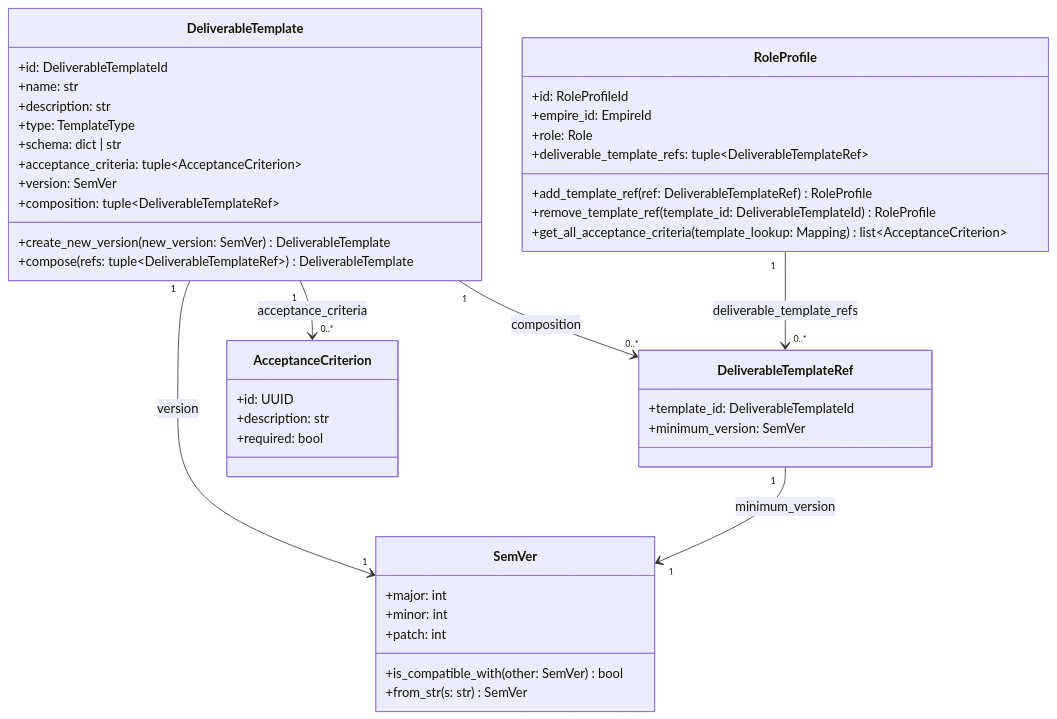
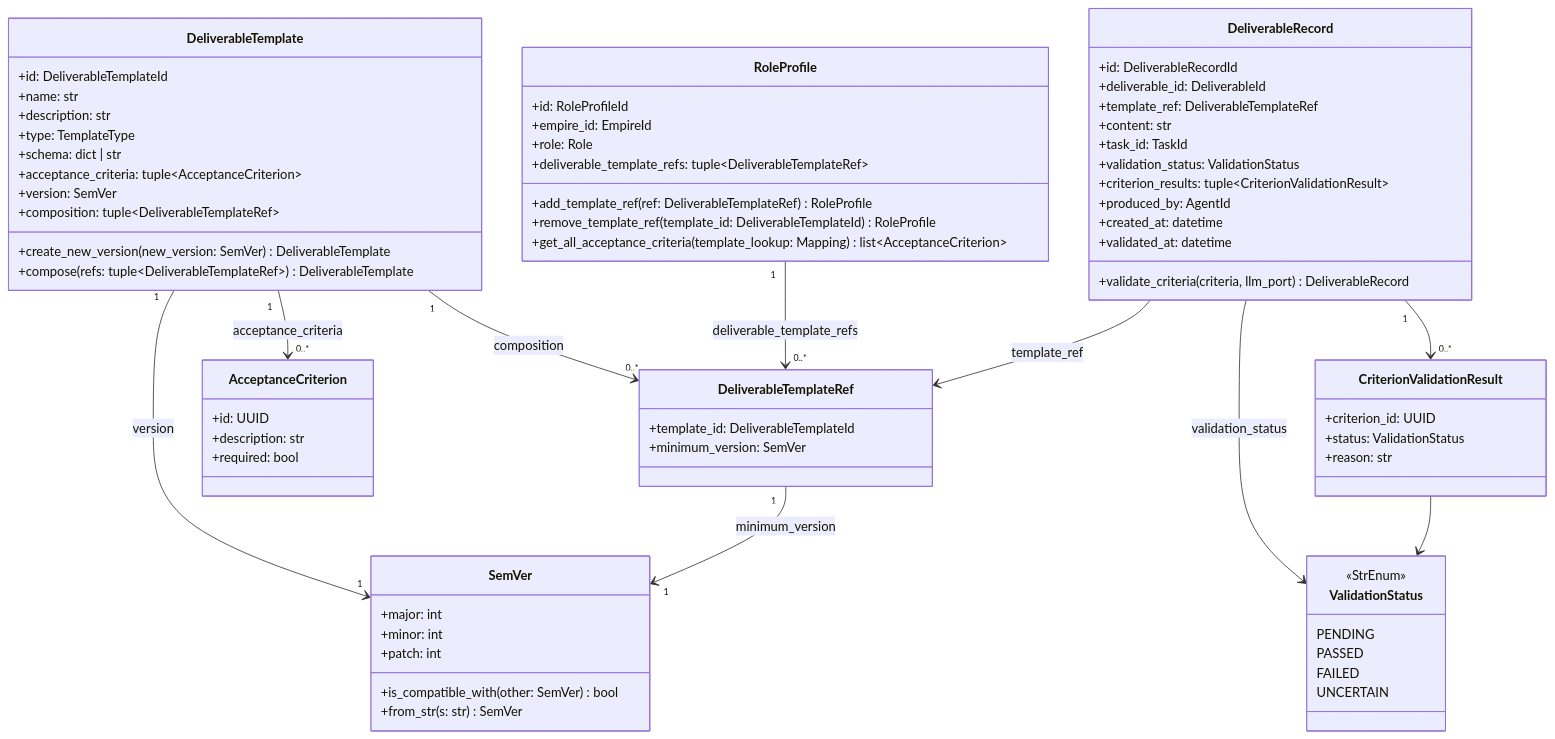
One commit to bakufu-dev/bakufu changed the diagram in docs/features/deliverable-template/domain/detailed-design.md. Above: the diagram before and after it, drawn with Mermaid. The commit also changed other lines of this file and 4 other files, not shown here.

````diff
--- a/docs/features/deliverable-template/domain/detailed-design.md
+++ b/docs/features/deliverable-template/domain/detailed-design.md
@@ -15,45 +15,75 @@
 ```mermaid
 classDiagram
     class DeliverableTemplate {
         +id: DeliverableTemplateId
         +name: str
         +description: str
         +type: TemplateType
         +schema: dict | str
         +acceptance_criteria: tuple~AcceptanceCriterion~
         +version: SemVer
         +composition: tuple~DeliverableTemplateRef~
         +create_new_version(new_version: SemVer) DeliverableTemplate
         +compose(refs: tuple~DeliverableTemplateRef~) DeliverableTemplate
     }
     class RoleProfile {
         +id: RoleProfileId
         +empire_id: EmpireId
         +role: Role
         +deliverable_template_refs: tuple~DeliverableTemplateRef~
         +add_template_ref(ref: DeliverableTemplateRef) RoleProfile
         +remove_template_ref(template_id: DeliverableTemplateId) RoleProfile
         +get_all_acceptance_criteria(template_lookup: Mapping) list~AcceptanceCriterion~
     }
     class SemVer {
         +major: int
         +minor: int
         +patch: int
         +is_compatible_with(other: SemVer) bool
         +from_str(s: str) SemVer
     }
     class DeliverableTemplateRef {
         +template_id: DeliverableTemplateId
         +minimum_version: SemVer
     }
     class AcceptanceCriterion {
         +id: UUID
         +description: str
         +required: bool
     }
     DeliverableTemplate "1" --> "0..*" AcceptanceCriterion : acceptance_criteria
     DeliverableTemplate "1" --> "1" SemVer : version
     DeliverableTemplate "1" --> "0..*" DeliverableTemplateRef : composition
     DeliverableTemplateRef "1" --> "1" SemVer : minimum_version
     RoleProfile "1" --> "0..*" DeliverableTemplateRef : deliverable_template_refs
+
+    class DeliverableRecord {
+        +id: DeliverableRecordId
+        +deliverable_id: DeliverableId
+        +template_ref: DeliverableTemplateRef
+        +content: str
+        +task_id: TaskId
+        +validation_status: ValidationStatus
+        +criterion_results: tuple~CriterionValidationResult~
+        +produced_by: AgentId
+        +created_at: datetime
+        +validated_at: datetime
+        +validate_criteria(criteria, llm_port) DeliverableRecord
+    }
+    class ValidationStatus {
+        <<StrEnum>>
+        PENDING
+        PASSED
+        FAILED
+        UNCERTAIN
+    }
+    class CriterionValidationResult {
+        +criterion_id: UUID
+        +status: ValidationStatus
+        +reason: str
+    }
+    DeliverableRecord --> DeliverableTemplateRef : template_ref
+    DeliverableRecord --> ValidationStatus : validation_status
+    DeliverableRecord "1" --> "0..*" CriterionValidationResult
+    CriterionValidationResult --> ValidationStatus
 ```
````
